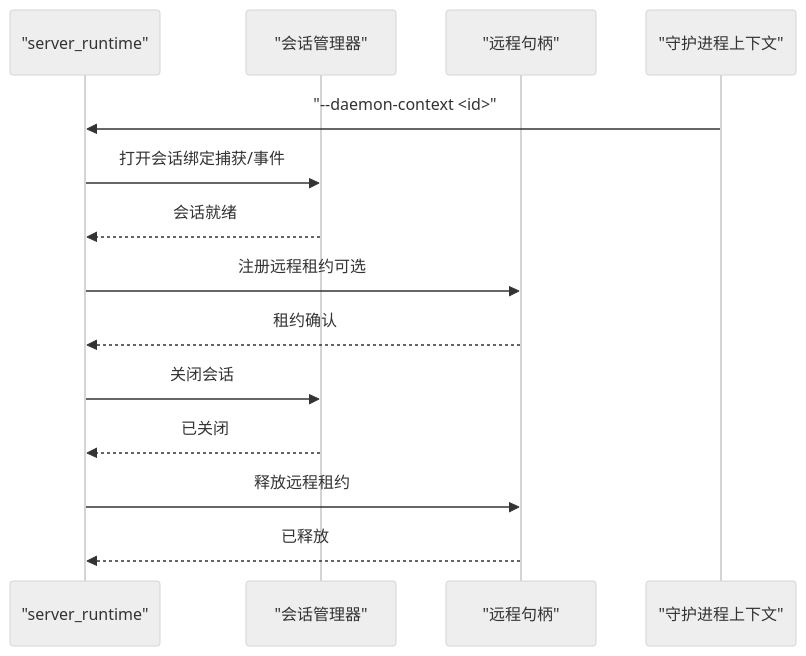
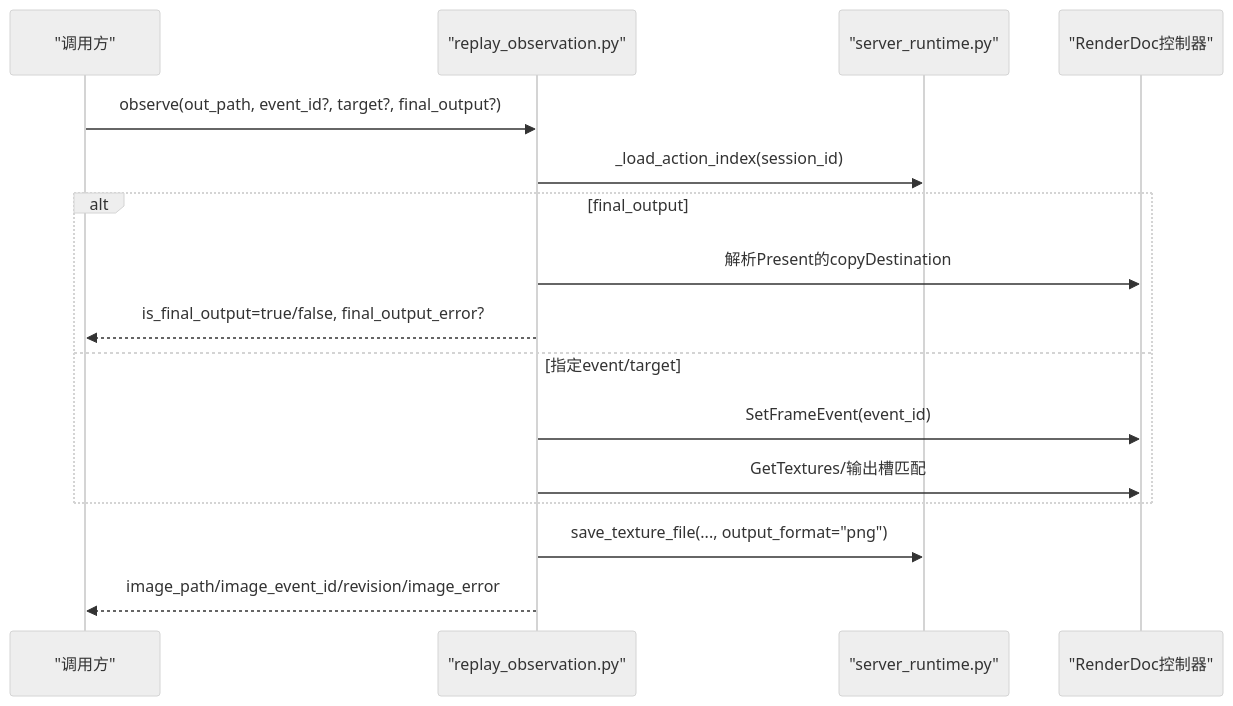
The seventh of 9 diagrams in .qoder/repowiki/zh/content/核心概念/会话模型.md (haolange/RDC-Tool), drawn with Mermaid (neutral theme) before and after one commit. The commit also changed other lines of this file and 234 other files, not shown here.

````diff
--- a/.qoder/repowiki/zh/content/核心概念/会话模型.md
+++ b/.qoder/repowiki/zh/content/核心概念/会话模型.md
@@ -339,16 +270,18 @@
 ```mermaid
 sequenceDiagram
-participant RT as "server_runtime"
-participant SM as "会话管理器"
-participant RM as "远程句柄"
-participant DC as "守护进程上下文"
-DC->>RT : "--daemon-context <id>"
-RT->>SM : 打开会话绑定捕获/事件
-SM-->>RT : 会话就绪
-RT->>RM : 注册远程租约可选
-RM-->>RT : 租约确认
-RT->>SM : 关闭会话
-SM-->>RT : 已关闭
-RT->>RM : 释放远程租约
-RM-->>RT : 已释放
+participant U as "调用方"
+participant RO as "replay_observation.py"
+participant RT as "server_runtime.py"
+participant RD as "RenderDoc控制器"
+U->>RO : observe(out_path, event_id?, target?, final_output?)
+RO->>RT : _load_action_index(session_id)
+alt final_output
+RO->>RD : 解析Present的copyDestination
+RO-->>U : is_final_output=true/false, final_output_error?
+else 指定event/target
+RO->>RD : SetFrameEvent(event_id)
+RO->>RD : GetTextures/输出槽匹配
+end
+RO->>RT : save_texture_file(..., output_format="png")
+RO-->>U : image_path/image_event_id/revision/image_error
 ```
````
